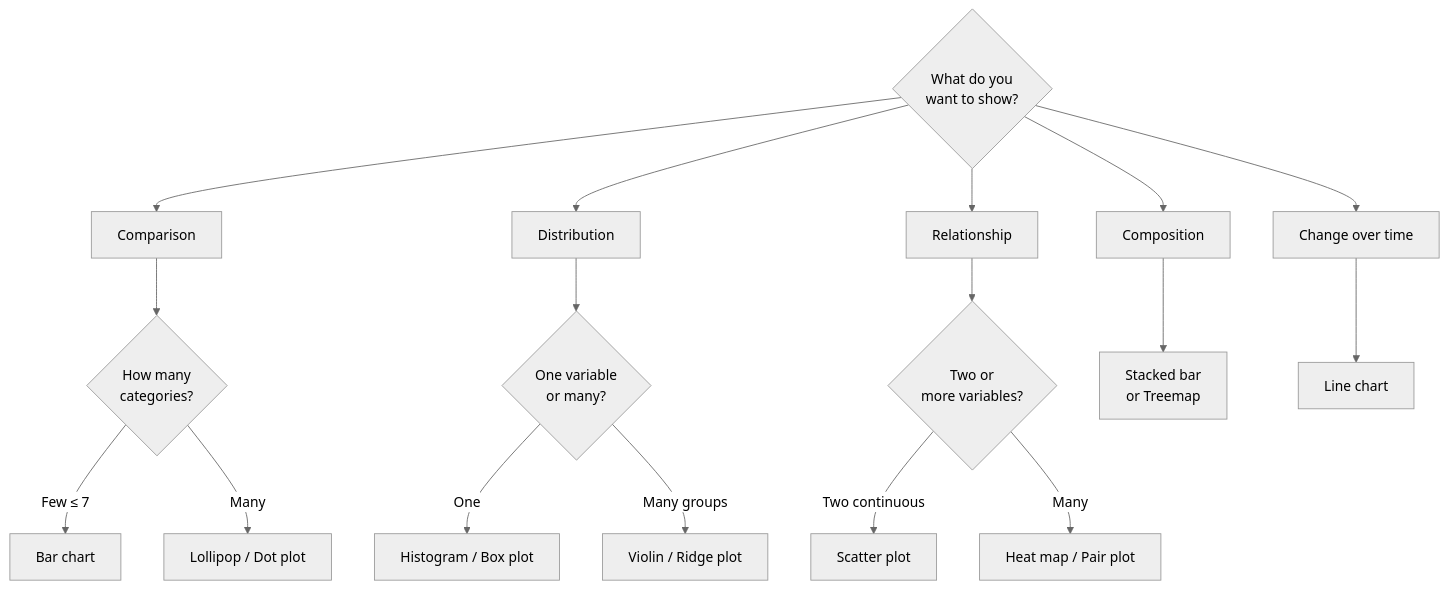
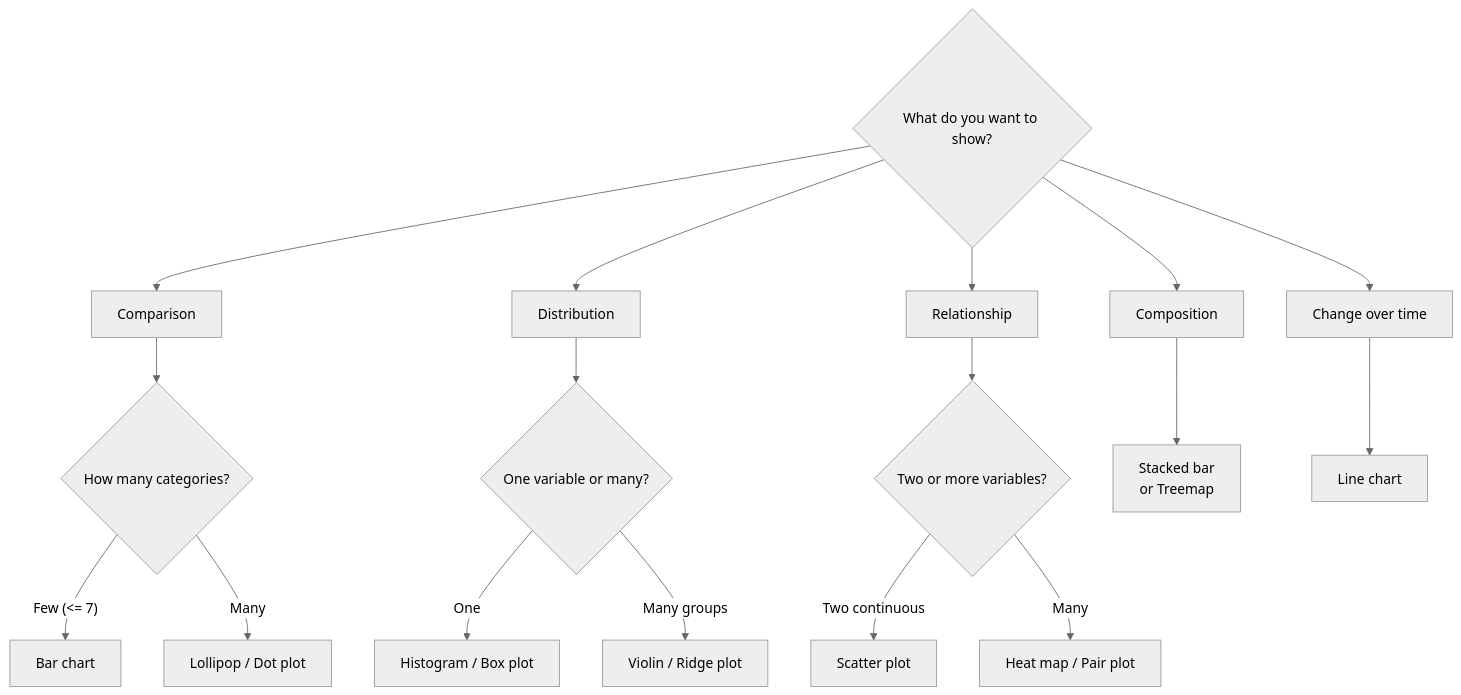
One commit to codebyshennan/dsai changed the second of 2 diagrams in docs/3-data-visualization/3.1-intro-data-viz/visualization-principles.md. Above: the diagram before and after it, drawn with Mermaid (neutral theme). The commit also changed other lines of this file and 3 other files, not shown here.

First line of the commit message:
fix: resolve Mermaid 11 syntax errors and add evolving dataset to 3.1 data prep lesson

````diff
--- a/docs/3-data-visualization/3.1-intro-data-viz/visualization-principles.md
+++ b/docs/3-data-visualization/3.1-intro-data-viz/visualization-principles.md
@@ -151,23 +151,23 @@
 ```mermaid
 flowchart TD
-    Q1{What do you\nwant to show?} --> CMP[Comparison]
+    Q1{"What do you want to show?"} --> CMP[Comparison]
     Q1 --> DST[Distribution]
     Q1 --> REL[Relationship]
     Q1 --> COM[Composition]
     Q1 --> CHG[Change over time]
 
-    CMP --> CMP2{How many\ncategories?}
-    CMP2 -->|Few ≤ 7| BAR[Bar chart]
+    CMP --> CMP2{"How many categories?"}
+    CMP2 -->|"Few (<= 7)"| BAR[Bar chart]
     CMP2 -->|Many| LOL[Lollipop / Dot plot]
 
-    DST --> DST2{One variable\nor many?}
+    DST --> DST2{"One variable or many?"}
     DST2 -->|One| HIST[Histogram / Box plot]
     DST2 -->|Many groups| VIO[Violin / Ridge plot]
 
-    REL --> REL2{Two or\nmore variables?}
+    REL --> REL2{"Two or more variables?"}
     REL2 -->|Two continuous| SCA[Scatter plot]
     REL2 -->|Many| HEAT[Heat map / Pair plot]
 
     COM --> PIE[Stacked bar\nor Treemap]
     CHG --> LINE[Line chart]
 ```
````
